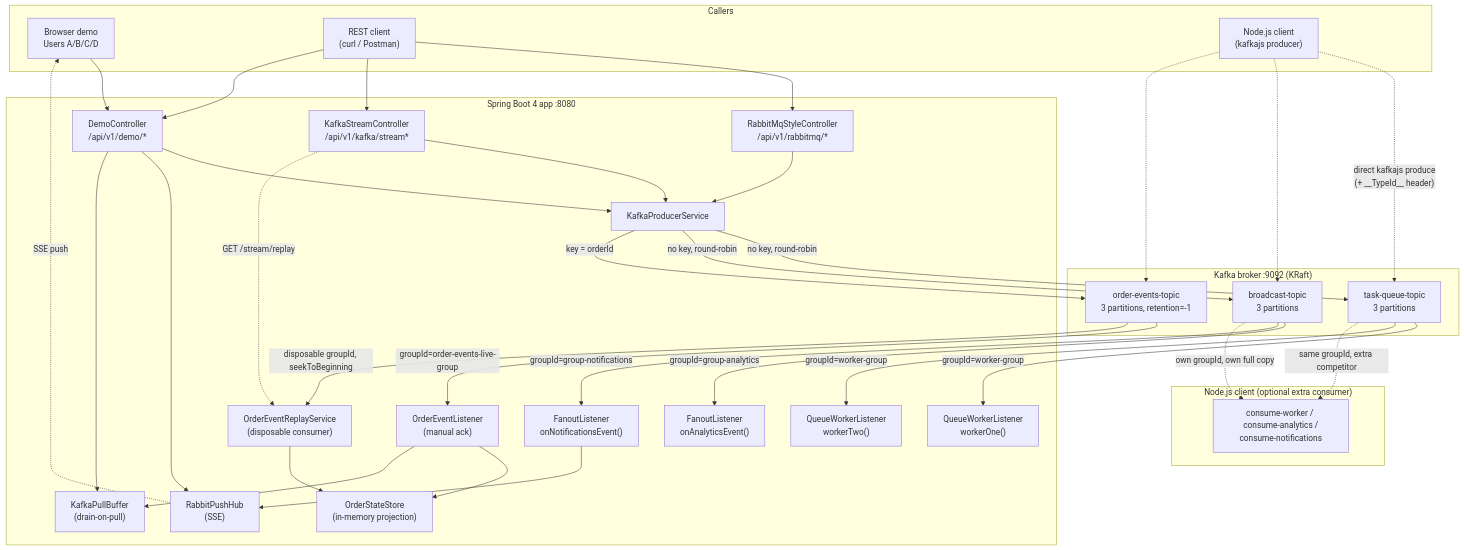
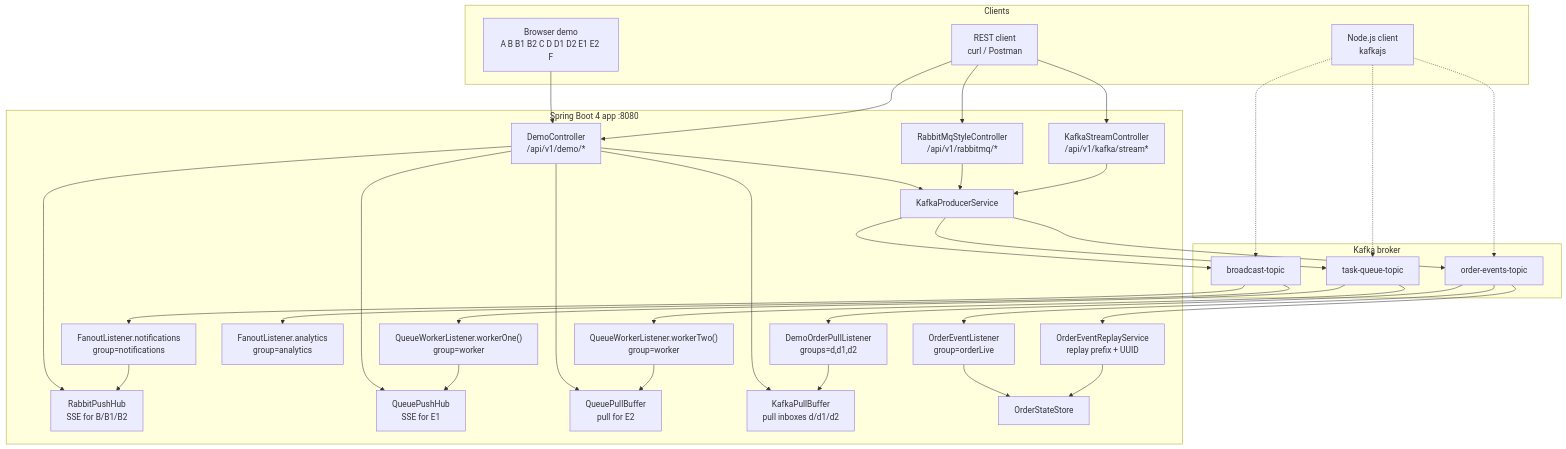
One commit to manydogs23/Kafka changed the second of 7 diagrams in docs/ARCHITECTURE.md. Above: the diagram before and after it, drawn with Mermaid. The commit also changed other lines of this file and 21 other files, not shown here.

````diff
--- a/docs/ARCHITECTURE.md
+++ b/docs/ARCHITECTURE.md
@@ -14,71 +37,73 @@
 ```mermaid
 flowchart TB
-    subgraph Clients["Callers"]
-        Browser["Browser demo<br/>Users A/B/C/D"]
-        REST["REST client<br/>(curl / Postman)"]
-        NodeProd["Node.js client<br/>(kafkajs producer)"]
+    subgraph Clients["Clients"]
+        Browser["Browser demo<br/>A B B1 B2 C D D1 D2 E1 E2 F"]
+        REST["REST client<br/>curl / Postman"]
+        NodeProd["Node.js client<br/>kafkajs"]
     end
 
     subgraph App["Spring Boot 4 app :8080"]
         DemoCtrl["DemoController<br/>/api/v1/demo/*"]
         RabbitCtrl["RabbitMqStyleController<br/>/api/v1/rabbitmq/*"]
         StreamCtrl["KafkaStreamController<br/>/api/v1/kafka/stream*"]
         Producer["KafkaProducerService"]
 
-        Hub["RabbitPushHub<br/>(SSE)"]
-        Buf["KafkaPullBuffer<br/>(drain-on-pull)"]
+        FanoutHub["RabbitPushHub<br/>SSE for B/B1/B2"]
+        QueueHub["QueuePushHub<br/>SSE for E1"]
+        QueueBuf["QueuePullBuffer<br/>pull for E2"]
+        PullBuf["KafkaPullBuffer<br/>pull inboxes d/d1/d2"]
 
-        W1["QueueWorkerListener<br/>workerOne()"]
-        W2["QueueWorkerListener<br/>workerTwo()"]
-        FA["FanoutListener<br/>onAnalyticsEvent()"]
-        FN["FanoutListener<br/>onNotificationsEvent()"]
-        OE["OrderEventListener<br/>(manual ack)"]
-        Replay["OrderEventReplayService<br/>(disposable consumer)"]
-        Store["OrderStateStore<br/>(in-memory projection)"]
+        W1["QueueWorkerListener.workerOne()<br/>group=worker"]
+        W2["QueueWorkerListener.workerTwo()<br/>group=worker"]
+        FA["FanoutListener.analytics<br/>group=analytics"]
+        FN["FanoutListener.notifications<br/>group=notifications"]
+        OE["OrderEventListener<br/>group=orderLive"]
+        DP["DemoOrderPullListener<br/>groups=d,d1,d2"]
+        Replay["OrderEventReplayService<br/>replay prefix + UUID"]
+        Store["OrderStateStore"]
     end
 
-    subgraph Kafka["Kafka broker :9092 (KRaft)"]
-        T1["task-queue-topic<br/>3 partitions"]
-        T2["broadcast-topic<br/>3 partitions"]
-        T3["order-events-topic<br/>3 partitions, retention=-1"]
-    end
-
-    subgraph NodeCons["Node.js client (optional extra consumer)"]
-        NC["consume-worker / consume-analytics /<br/>consume-notifications"]
+    subgraph Kafka["Kafka broker"]
+        T1["task-queue-topic"]
+        T2["broadcast-topic"]
+        T3["order-events-topic"]
     end
 
     Browser --> DemoCtrl
+    REST --> DemoCtrl
     REST --> RabbitCtrl
     REST --> StreamCtrl
-    REST --> DemoCtrl
-    NodeProd -. "direct kafkajs produce\n(+ __TypeId__ header)" .-> T1
+    NodeProd -.-> T1
     NodeProd -.-> T2
     NodeProd -.-> T3
 
     DemoCtrl --> Producer
-    DemoCtrl --> Hub
-    DemoCtrl --> Buf
+    DemoCtrl --> FanoutHub
+    DemoCtrl --> QueueHub
+    DemoCtrl --> QueueBuf
+    DemoCtrl --> PullBuf
+
     RabbitCtrl --> Producer
     StreamCtrl --> Producer
-    Producer -- "no key, round-robin" --> T1
-    Producer -- "no key, round-robin" --> T2
-    Producer -- "key = orderId" --> T3
 
-    T1 -- "groupId=worker-group" --> W1
-    T1 -- "groupId=worker-group" --> W2
-    T1 -. "same groupId, extra competitor" .-> NC
+    Producer --> T1
+    Producer --> T2
+    Producer --> T3
 
-    T2 -- "groupId=group-analytics" --> FA
-    T2 -- "groupId=group-notifications" --> FN
-    T2 -. "own groupId, own full copy" .-> NC
+    T1 --> W1
+    T1 --> W2
 
-    T3 -- "groupId=order-events-live-group" --> OE
-    T3 -- "disposable groupId, seekToBeginning" --> Replay
+    T2 --> FA
+    T2 --> FN
+
+    T3 --> OE
+    T3 --> DP
+    T3 --> Replay
+
+    W1 --> QueueHub
+    W2 --> QueueBuf
+    FN --> FanoutHub
     OE --> Store
-    OE --> Buf
-    FN --> Hub
-    Hub -. "SSE push" .-> Browser
+    DP --> PullBuf
     Replay --> Store
-
-    StreamCtrl -. "GET /stream/replay" .-> Replay
 ```
````
